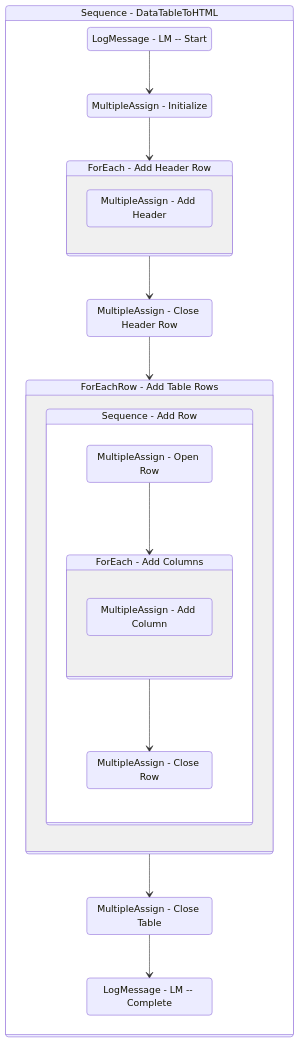
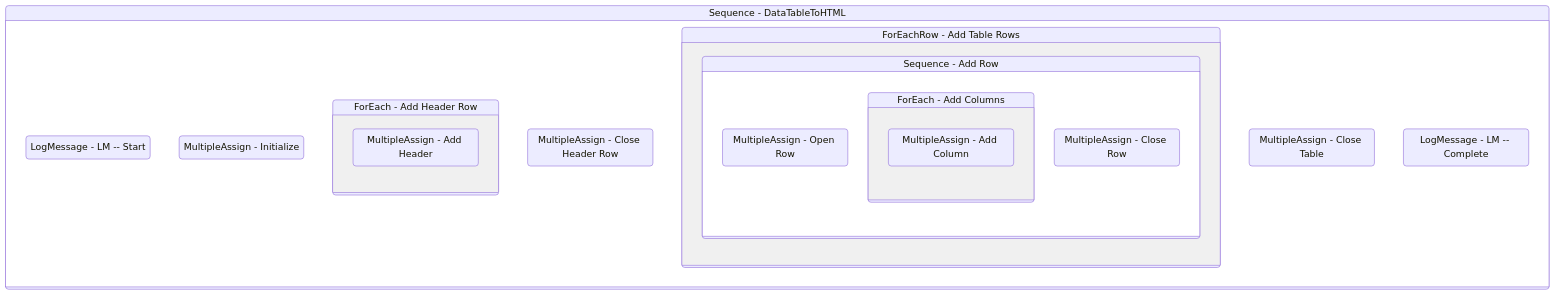
The diagram in Documentation/Utility/DataTableToHTML.md (yashbrahmbhatt/LazyFramework), drawn with Mermaid before and after one commit. The commit also changed 72 other files, not shown here.

````diff
--- a/Documentation/Utility/DataTableToHTML.md
+++ b/Documentation/Utility/DataTableToHTML.md
@@ -134,43 +134,38 @@
 ```mermaid
 stateDiagram-v2
 
 
 Sequence_1: Sequence - DataTableToHTML
 state Sequence_1 {
 direction TB
 LogMessage_1 : LogMessage - LM -- Start
 MultipleAssign_1 : MultipleAssign - Initialize
-LogMessage_1 --> MultipleAssign_1
-MultipleAssign_1 --> ForEach1_1
+
 ForEach1_1: ForEach - Add Header Row
 state ForEach1_1 {
 direction TB
 MultipleAssign_2 : MultipleAssign - Add Header
 }
 MultipleAssign_3 : MultipleAssign - Close Header Row
-ForEach1_1 --> MultipleAssign_3
-MultipleAssign_3 --> ForEachRow_1
+
 ForEachRow_1: ForEachRow - Add Table Rows
 state ForEachRow_1 {
 direction TB
 
 Sequence_2: Sequence - Add Row
 state Sequence_2 {
 direction TB
 MultipleAssign_4 : MultipleAssign - Open Row
-MultipleAssign_4 --> ForEach1_2
+
 ForEach1_2: ForEach - Add Columns
 state ForEach1_2 {
 direction TB
 MultipleAssign_5 : MultipleAssign - Add Column
 }
 MultipleAssign_6 : MultipleAssign - Close Row
-ForEach1_2 --> MultipleAssign_6
 }
 }
 MultipleAssign_7 : MultipleAssign - Close Table
-ForEachRow_1 --> MultipleAssign_7
 LogMessage_2 : LogMessage - LM -- Complete
-MultipleAssign_7 --> LogMessage_2
 }
 ```
````
